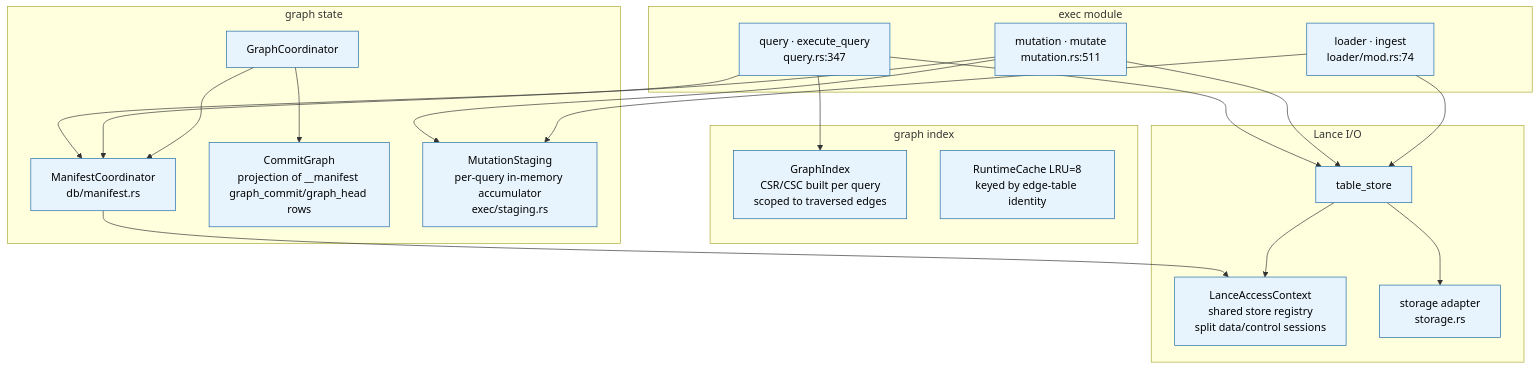
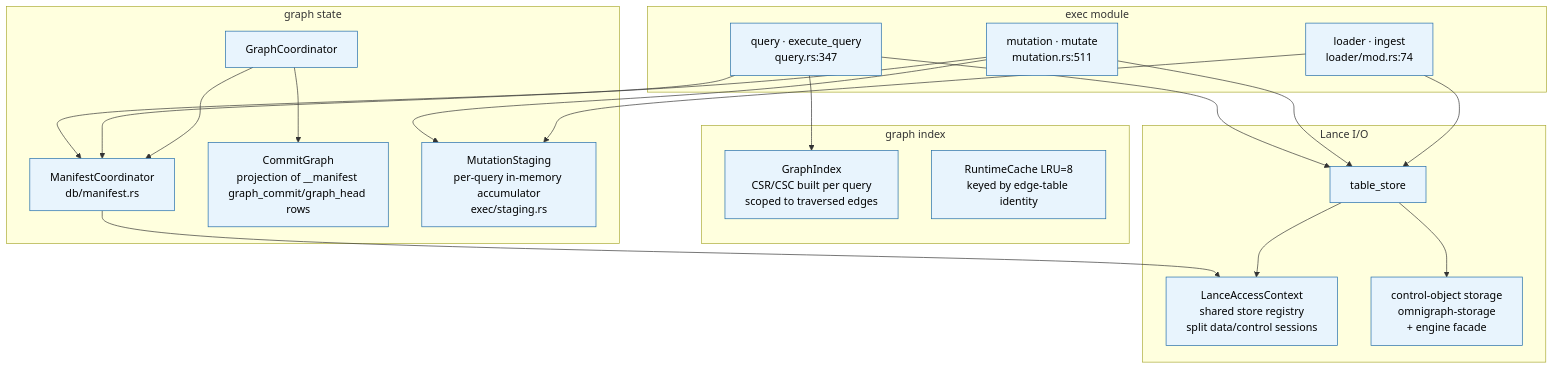
The fourth of 7 diagrams in docs/dev/architecture.md (ModernRelay/omnigraph), drawn with Mermaid before and after one commit. The commit also changed other lines of this file and 30 other files, not shown here.

````diff
--- a/docs/dev/architecture.md
+++ b/docs/dev/architecture.md
@@ -126,42 +126,42 @@
 ```mermaid
 flowchart TB
     classDef l2 fill:#e8f4fd,stroke:#1e6aa8,color:#000
 
     subgraph exec[exec module]
         eq[query · execute_query<br/>query.rs:347]:::l2
         em[mutation · mutate<br/>mutation.rs:511]:::l2
         ld[loader · ingest<br/>loader/mod.rs:74]:::l2
     end
 
     subgraph state[graph state]
         coord[GraphCoordinator]:::l2
         mr[ManifestCoordinator<br/>db/manifest.rs]:::l2
         cg[CommitGraph<br/>projection of __manifest graph_commit/graph_head rows]:::l2
         stg[MutationStaging<br/>per-query in-memory accumulator<br/>exec/staging.rs]:::l2
     end
 
     subgraph idx[graph index]
         gi[GraphIndex<br/>CSR/CSC built per query<br/>scoped to traversed edges]:::l2
         rc[RuntimeCache LRU=8<br/>keyed by edge-table identity]:::l2
     end
 
     subgraph io[Lance I/O]
         la[LanceAccessContext<br/>shared store registry<br/>split data/control sessions]:::l2
         ts[table_store]:::l2
-        st[storage adapter<br/>storage.rs]:::l2
+        st[control-object storage<br/>omnigraph-storage<br/>+ engine facade]:::l2
     end
 
     eq --> gi
     eq --> ts
     em --> stg
     em --> ts
     ld --> stg
     ld --> ts
     eq --> mr
     em --> mr
     coord --> mr
     coord --> cg
     mr --> la
     ts --> la
     ts --> st
 ```
````
